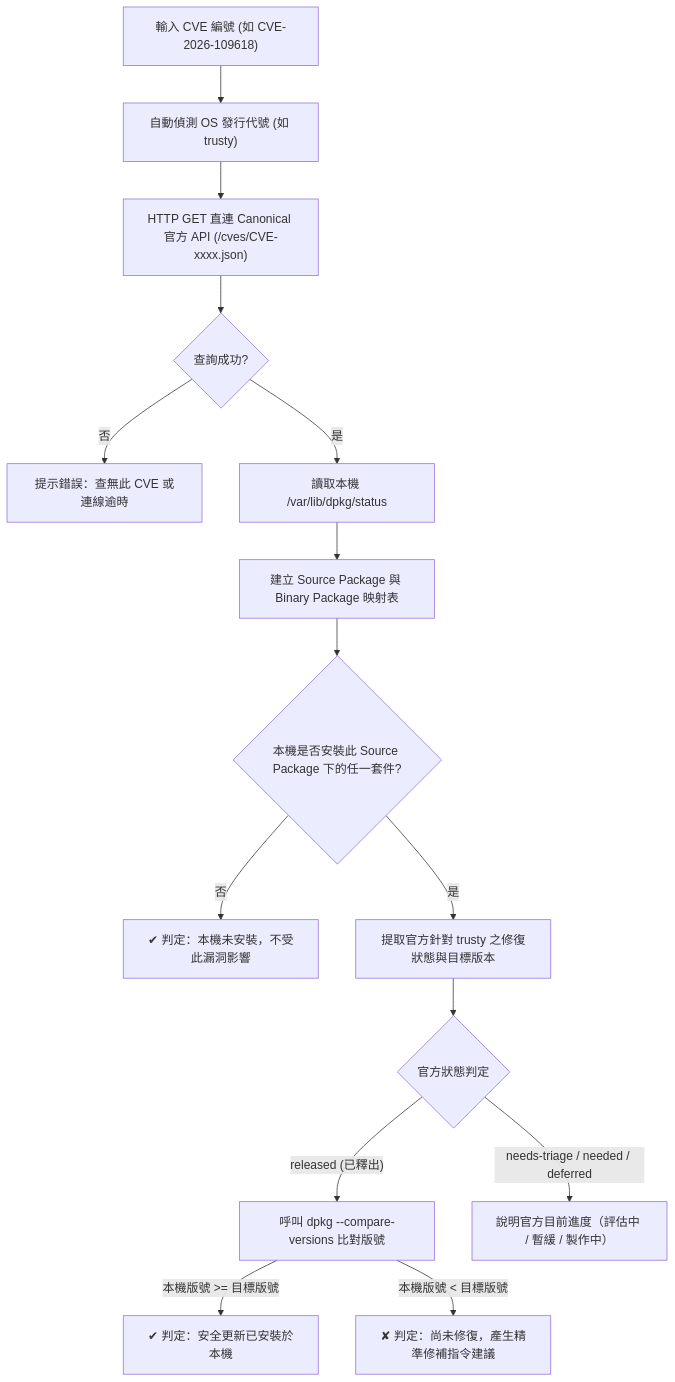
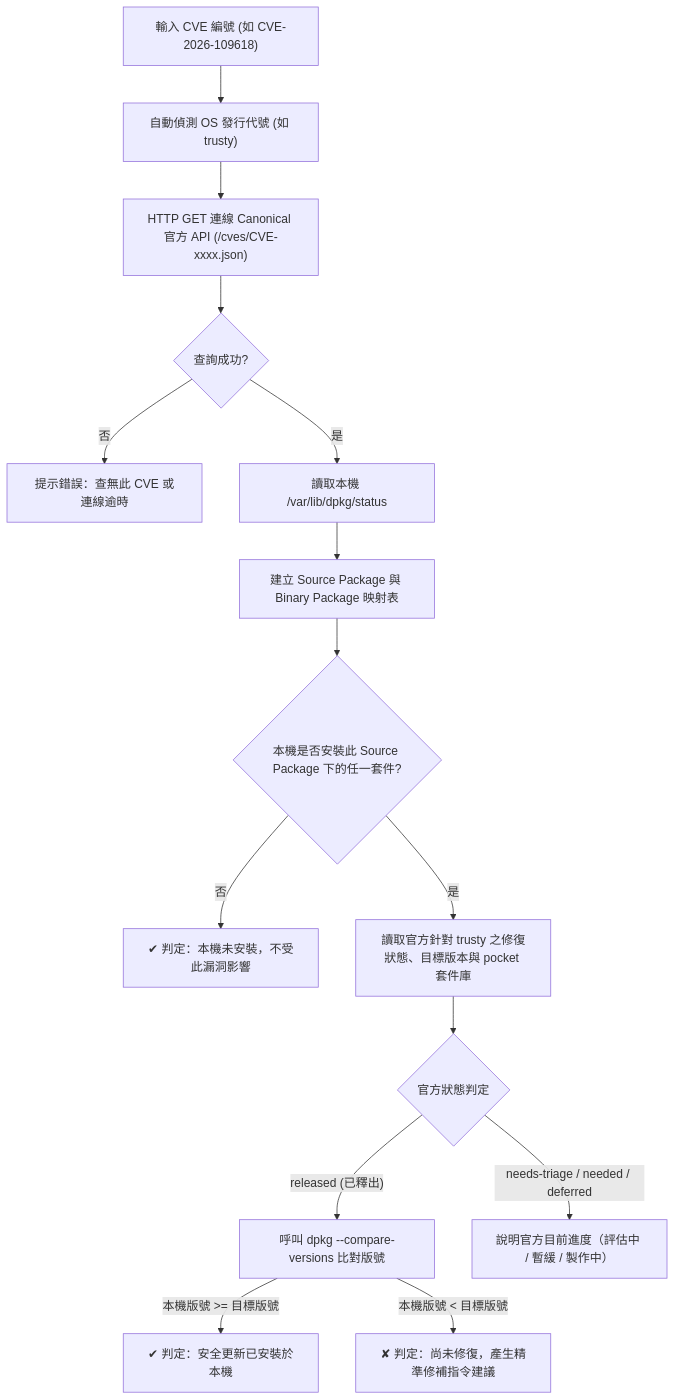
The diagram in inbox/2026-1028-ubuntu-advantage-tools/02_PROFIX_TOOL_GUIDE.md (ikusupuroa/ClaudeCodeOnTheWeb), drawn with Mermaid before and after one commit. The commit also changed other lines of this file and 2 other files, not shown here.

````diff
--- a/inbox/2026-1028-ubuntu-advantage-tools/02_PROFIX_TOOL_GUIDE.md
+++ b/inbox/2026-1028-ubuntu-advantage-tools/02_PROFIX_TOOL_GUIDE.md
@@ -98,17 +99,17 @@
 ```mermaid
 flowchart TD
     A["輸入 CVE 編號 (如 CVE-2026-109618)"] --> B["自動偵測 OS 發行代號 (如 trusty)"]
-    B --> C["HTTP GET 直連 Canonical 官方 API (/cves/CVE-xxxx.json)"]
+    B --> C["HTTP GET 連線 Canonical 官方 API (/cves/CVE-xxxx.json)"]
     C --> D{"查詢成功?"}
     D -- 否 --> E["提示錯誤：查無此 CVE 或連線逾時"]
     D -- 是 --> F["讀取本機 /var/lib/dpkg/status"]
     F --> G["建立 Source Package 與 Binary Package 映射表"]
     G --> H{"本機是否安裝此 Source Package 下的任一套件?"}
     H -- 否 --> I["✔ 判定：本機未安裝，不受此漏洞影響"]
-    H -- 是 --> J["提取官方針對 trusty 之修復狀態與目標版本"]
+    H -- 是 --> J["讀取官方針對 trusty 之修復狀態、目標版本與 pocket 套件庫"]
     J --> K{"官方狀態判定"}
     K -- "released (已釋出)" --> L["呼叫 dpkg --compare-versions 比對版號"]
     L -- 本機版號 >= 目標版號 --> M["✔ 判定：安全更新已安裝於本機"]
     L -- 本機版號 < 目標版號 --> N["✘ 判定：尚未修復，產生精準修補指令建議"]
     K -- "needs-triage / needed / deferred" --> O["說明官方目前進度（評估中 / 暫緩 / 製作中）"]
 ```
````
